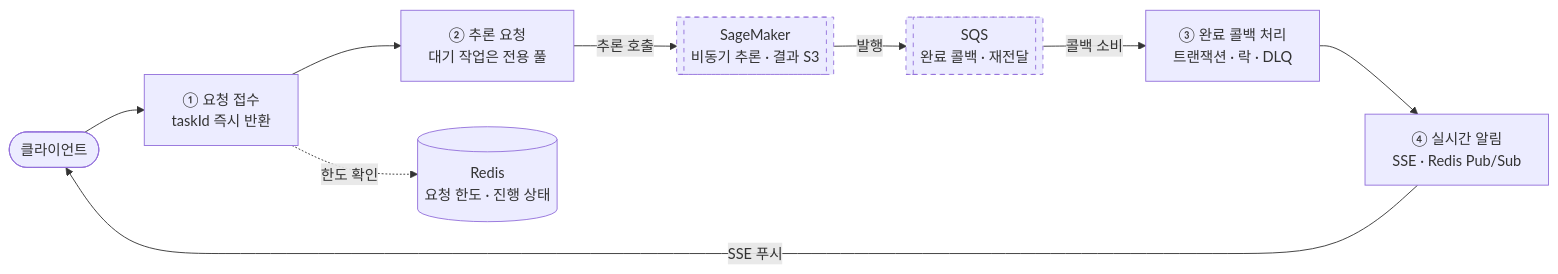
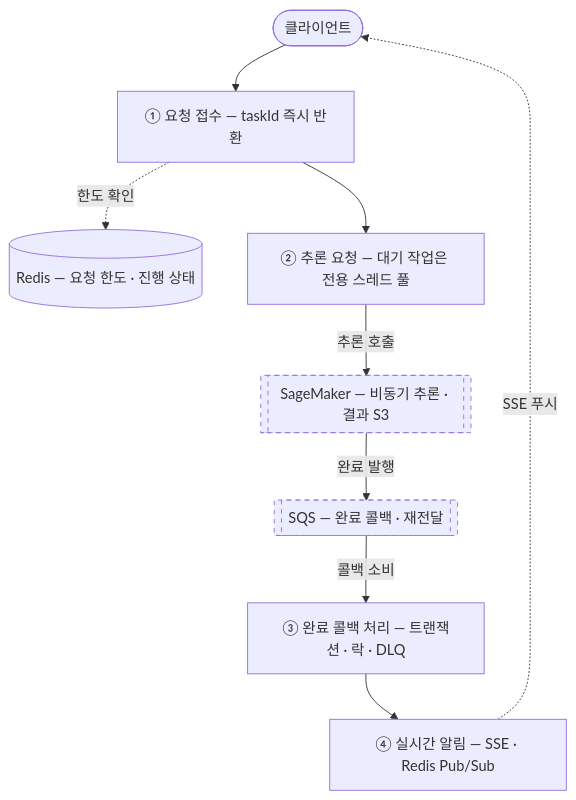
The diagram in README.md (Duskafka/Duskafka), drawn with Mermaid before and after one commit. The commit also changed other lines of this file, not shown here.

Commit message:
Make README diagram and troubleshooting table readable
- Lay the Aetheria flow out top-to-bottom so labels are legible at
  README width instead of shrinking an 8-node row
- Fold the area and record-link columns into the problem cell so the
  table no longer wraps words letter by letter

Claude-Session: https://claude.ai/code/session_01QEbHQXN4N95EpaH7DNRHbq

````diff
--- a/README.md
+++ b/README.md
@@ -37,23 +37,23 @@
 ```mermaid
-flowchart LR
+flowchart TB
     client(["클라이언트"])
-    accept["① 요청 접수<br/>taskId 즉시 반환"]
-    infer["② 추론 요청<br/>대기 작업은 전용 풀"]
-    callback["③ 완료 콜백 처리<br/>트랜잭션 · 락 · DLQ"]
-    notify["④ 실시간 알림<br/>SSE · Redis Pub/Sub"]
-    redis[("Redis<br/>요청 한도 · 진행 상태")]
-    sagemaker[["SageMaker<br/>비동기 추론 · 결과 S3"]]
-    sqs[["SQS<br/>완료 콜백 · 재전달"]]
+    accept["① 요청 접수 — taskId 즉시 반환"]
+    redis[("Redis — 요청 한도 · 진행 상태")]
+    infer["② 추론 요청 — 대기 작업은 전용 스레드 풀"]
+    sagemaker[["SageMaker — 비동기 추론 · 결과 S3"]]
+    sqs[["SQS — 완료 콜백 · 재전달"]]
+    callback["③ 완료 콜백 처리 — 트랜잭션 · 락 · DLQ"]
+    notify["④ 실시간 알림 — SSE · Redis Pub/Sub"]
 
     client --> accept
     accept -. 한도 확인 .-> redis
     accept --> infer
     infer -- 추론 호출 --> sagemaker
-    sagemaker -- 발행 --> sqs
+    sagemaker -- 완료 발행 --> sqs
     sqs -- 콜백 소비 --> callback
     callback --> notify
-    notify -- SSE 푸시 --> client
+    notify -. SSE 푸시 .-> client
 
     classDef external stroke-dasharray: 5 5
     class sagemaker,sqs external
 ```
````
